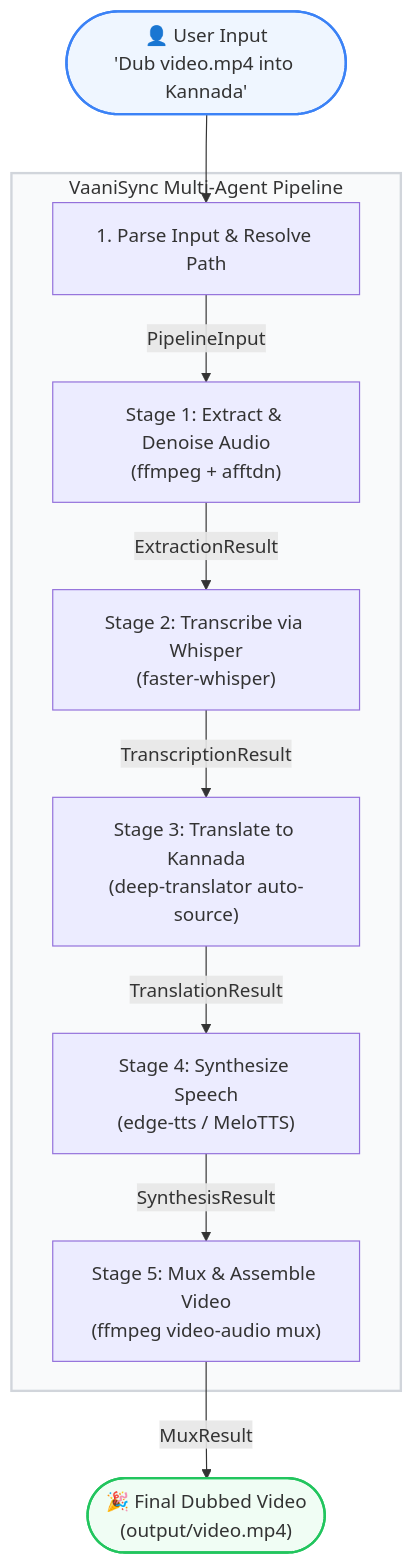
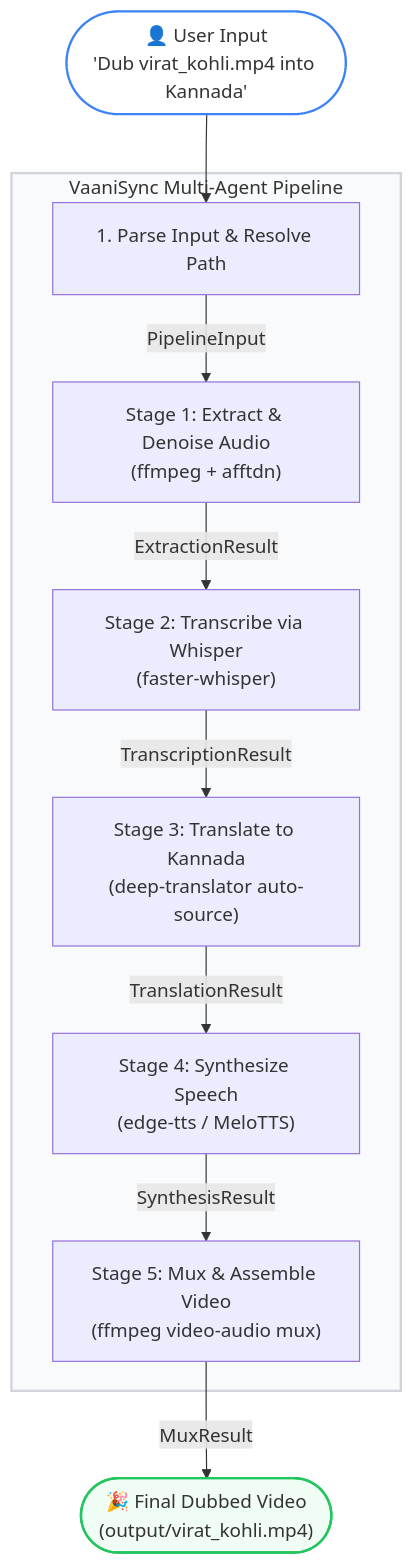
One commit to Bharath-2005-07/VaaniSync changed the diagram in README.md. Above: the diagram before and after it, drawn with Mermaid. The commit also changed other lines of this file and 8 other files, not shown here.

````diff
--- a/README.md
+++ b/README.md
@@ -49,18 +49,18 @@
 ```mermaid
 flowchart TD
-    START(["👤 User Input\n'Dub video.mp4 into Kannada'"]) --> ParseInput["1. Parse Input & Resolve Path"]
+    START(["👤 User Input\n'Dub virat_kohli.mp4 into Kannada'"]) --> ParseInput["1. Parse Input & Resolve Path"]
     
     subgraph Pipeline ["VaaniSync Multi-Agent Pipeline"]
         ParseInput -->|"PipelineInput"| ExtractAudio["Stage 1: Extract & Denoise Audio\n(ffmpeg + afftdn)"]
         ExtractAudio -->|"ExtractionResult"| TranscribeAudio["Stage 2: Transcribe via Whisper\n(faster-whisper)"]
         TranscribeAudio -->|"TranscriptionResult"| TranslateSegments["Stage 3: Translate to Kannada\n(deep-translator auto-source)"]
         TranslateSegments -->|"TranslationResult"| SynthesiseSegments["Stage 4: Synthesize Speech\n(edge-tts / MeloTTS)"]
         SynthesiseSegments -->|"SynthesisResult"| MuxVideo["Stage 5: Mux & Assemble Video\n(ffmpeg video-audio mux)"]
     end
 
-    MuxVideo -->|"MuxResult"| END(["🎉 Final Dubbed Video\n(output/video.mp4)"])
+    MuxVideo -->|"MuxResult"| END(["🎉 Final Dubbed Video\n(output/virat_kohli.mp4)"])
 
     style Pipeline fill:#f9fafb,stroke:#d1d5db,stroke-width:2px
-    style START fill:#eff6ff,stroke:#3b82f6,stroke-width:2px
+    style START fill:none,stroke:#3b82f6,stroke-width:2px
     style END fill:#f0fdf4,stroke:#22c55e,stroke-width:2px
 ```
````
